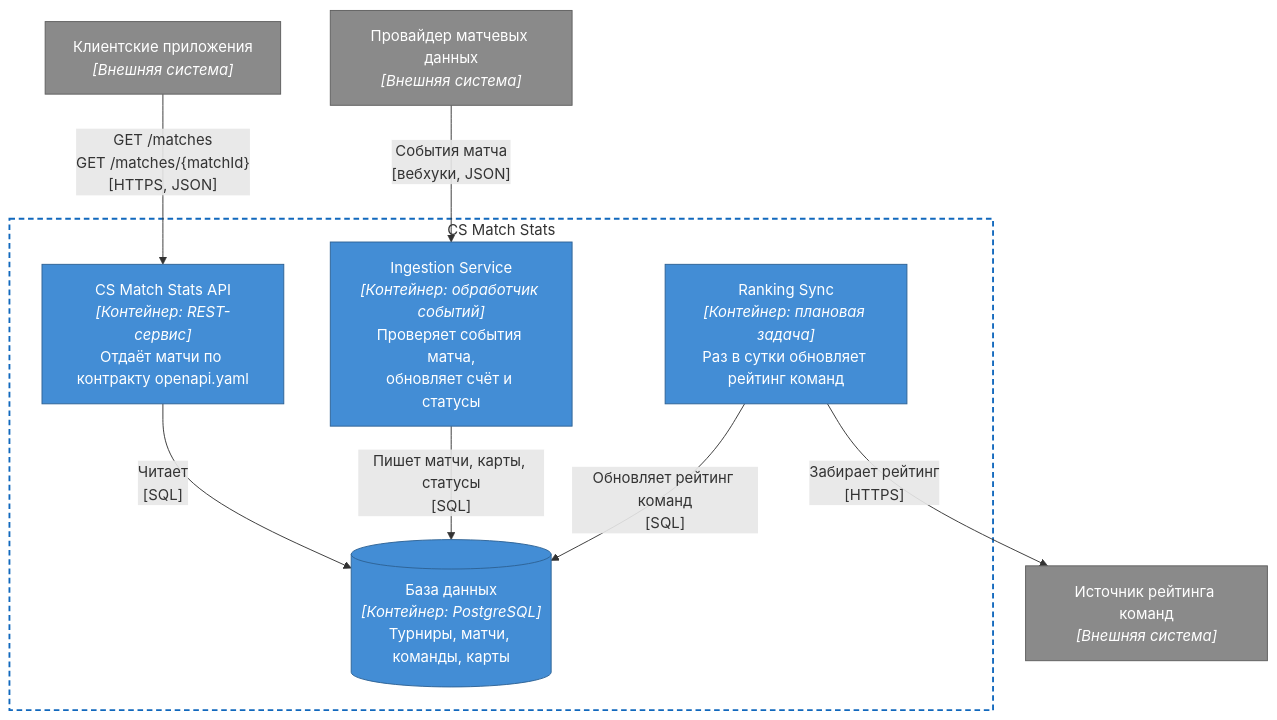
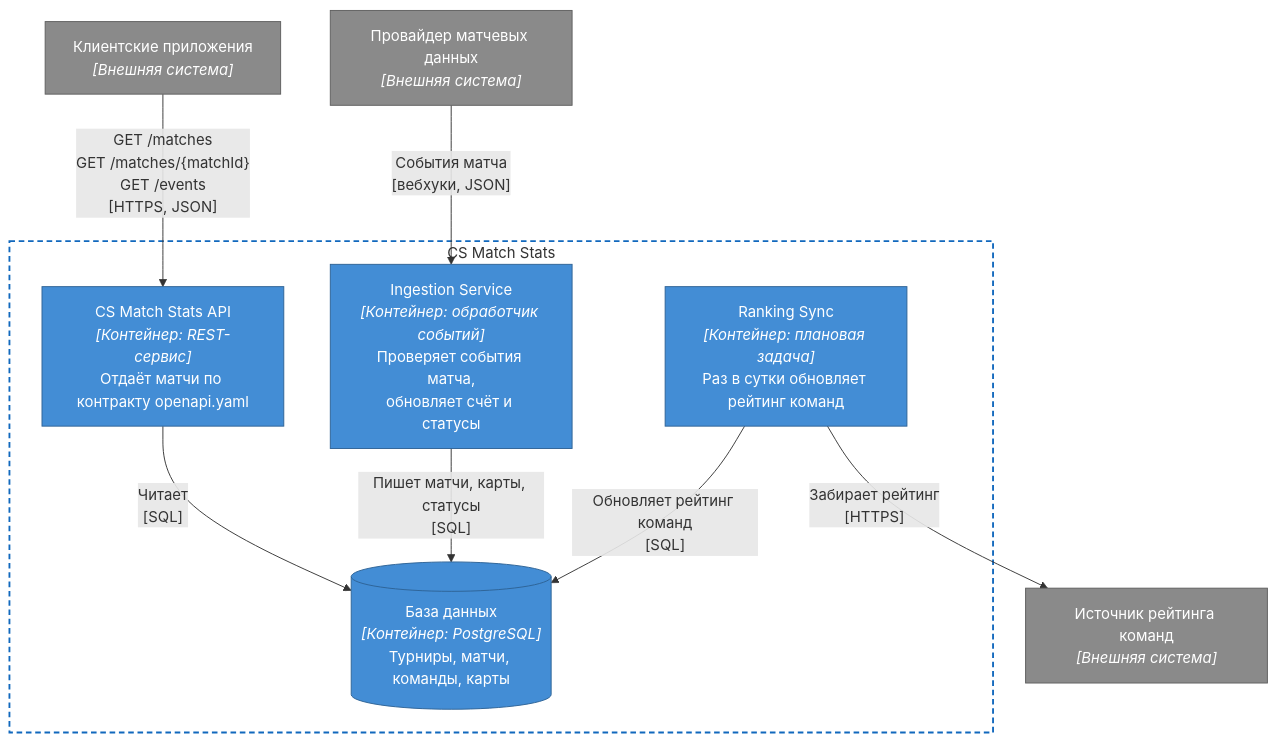
The second of 2 diagrams in cs-match-stats/architecture.md (iFuzYs/git-practice), drawn with Mermaid before and after one commit. The commit also changed 10 other files, not shown here.

````diff
--- a/cs-match-stats/architecture.md
+++ b/cs-match-stats/architecture.md
@@ -37,24 +37,24 @@
 ```mermaid
 flowchart TB
     classDef container fill:#438dd5,stroke:#2e6295,color:#fff
     classDef external fill:#8a8a8a,stroke:#5e5e5e,color:#fff
 
     clients["Клиентские приложения<br/><i>[Внешняя система]</i>"]:::external
     feed["Провайдер матчевых данных<br/><i>[Внешняя система]</i>"]:::external
     rank["Источник рейтинга команд<br/><i>[Внешняя система]</i>"]:::external
 
     subgraph cms["CS Match Stats"]
         api["CS Match Stats API<br/><i>[Контейнер: REST-сервис]</i><br/>Отдаёт матчи по контракту openapi.yaml"]:::container
         ingest["Ingestion Service<br/><i>[Контейнер: обработчик событий]</i><br/>Проверяет события матча,<br/>обновляет счёт и статусы"]:::container
         sync["Ranking Sync<br/><i>[Контейнер: плановая задача]</i><br/>Раз в сутки обновляет рейтинг команд"]:::container
         db[("База данных<br/><i>[Контейнер: PostgreSQL]</i><br/>Турниры, матчи, команды, карты")]:::container
     end
     style cms fill:transparent,stroke:#1168bd,stroke-width:2px,stroke-dasharray:6 4
 
-    clients -- "GET /matches<br/>GET /matches/{matchId}<br/>[HTTPS, JSON]" --> api
+    clients -- "GET /matches<br/>GET /matches/{matchId}<br/>GET /events<br/>[HTTPS, JSON]" --> api
     api -- "Читает<br/>[SQL]" --> db
     feed -- "События матча<br/>[вебхуки, JSON]" --> ingest
     ingest -- "Пишет матчи, карты, статусы<br/>[SQL]" --> db
     sync -- "Забирает рейтинг<br/>[HTTPS]" --> rank
     sync -- "Обновляет рейтинг команд<br/>[SQL]" --> db
 ```
````
